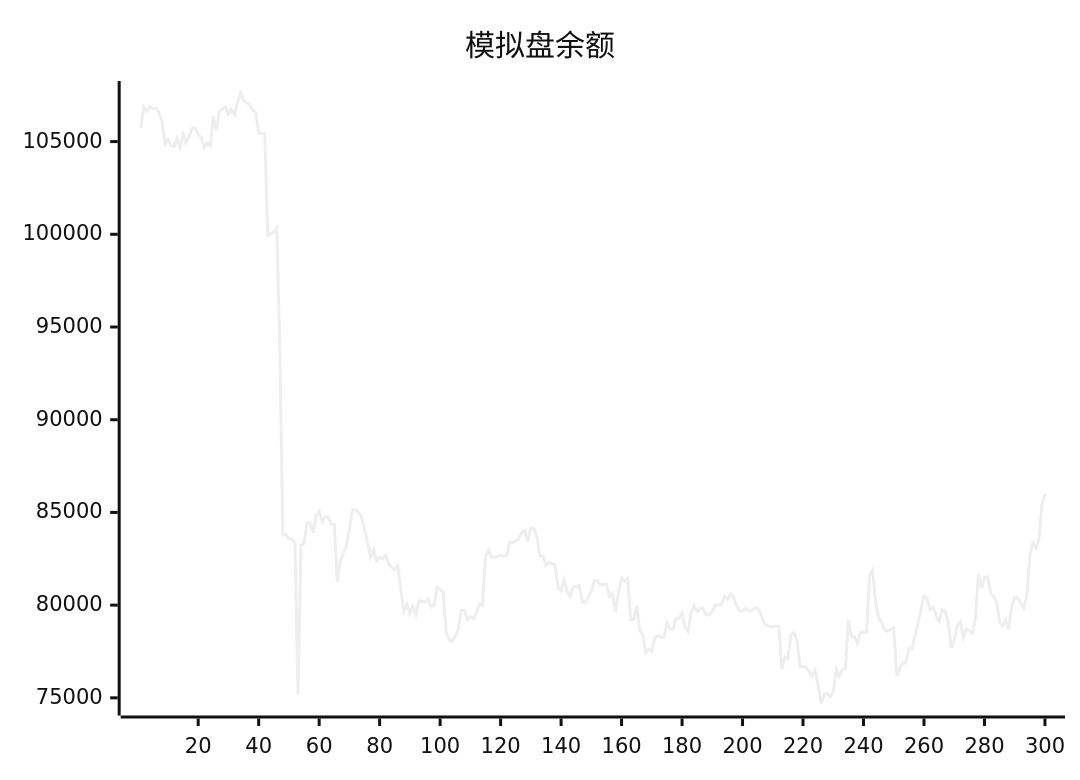
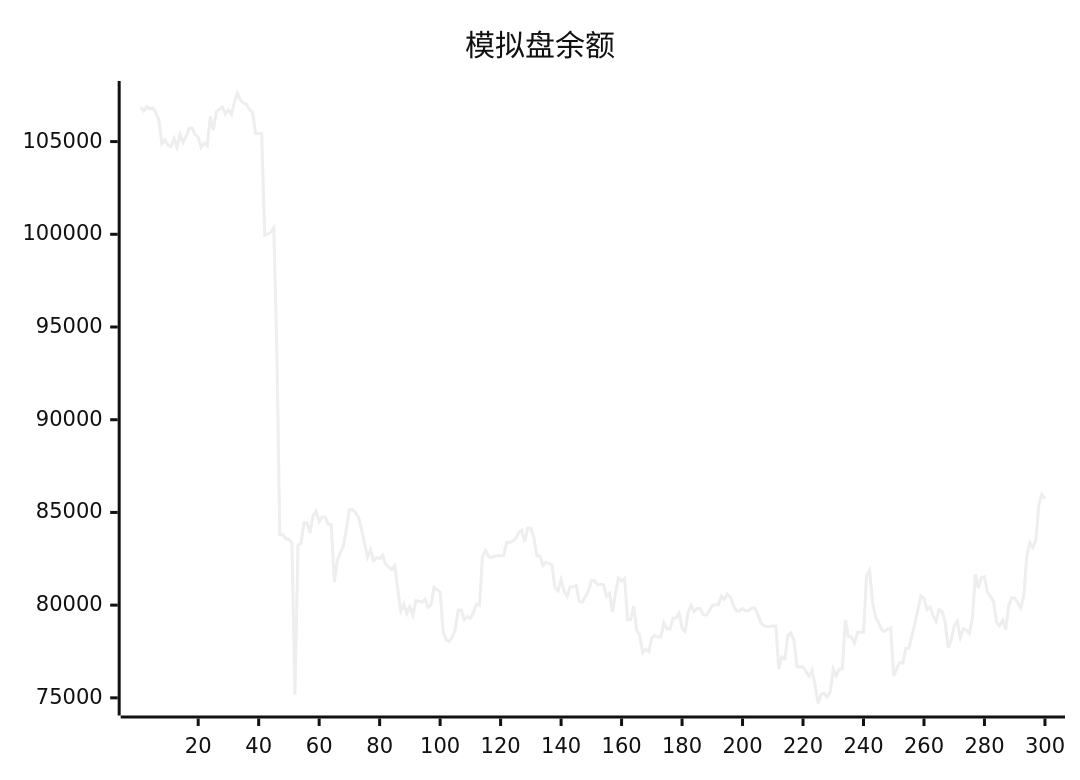
The diagram in README.md (aahl/ai-trading), drawn with Mermaid (neutral theme) before and after one commit. The commit also changed other lines of this file and 1 other file, not shown here.

````diff
--- a/README.md
+++ b/README.md
@@ -5,5 +5,5 @@
 ```mermaid
 xychart
     title "模拟盘余额"
-    line [105749,106866,106651,106889,106771,106816,106565,106141,104876,105103,104796,104734,105169,104690,105380,104941,105272,105709,105739,105374,105227,104691,104924,104762,106364,105628,106608,106748,106872,106485,106721,106468,107132,107620,107224,107080,107001,106717,106567,105431,105431,105440,99950,100017,100113,100337,93749,83795,83807,83567,83567,83342,75168,83222,83336,84448,84449,83896,84839,85065,84499,84757,84757,84364,84347,81254,82385,82835,83184,84099,85150,85150,85002,84751,84096,83356,82582,82983,82404,82572,82512,82688,82200,82047,81920,82125,80840,79688,80060,79552,79920,79470,80236,80208,80170,80336,79894,80006,80954,80837,80712,78561,78139,78037,78293,78682,79720,79720,79214,79372,79279,79591,80046,79993,82625,82950,82626,82571,82633,82670,82670,82681,83386,83378,83464,83579,83920,84037,83402,84160,84142,83652,82655,82655,82145,82315,82243,82163,80934,80770,81371,80742,80468,80989,80989,81067,80191,80155,80450,80737,81309,81309,81106,81119,81119,80471,80631,79624,80670,81448,81290,81429,79212,79222,79940,78643,78380,77432,77623,77504,78235,78358,78284,78277,79048,78714,78714,79290,79308,79567,78763,78563,79603,79988,79652,79813,79813,79476,79469,79673,79995,80015,80015,80486,80314,80600,80436,79966,79689,79689,79819,79692,79692,79850,79850,79518,79071,78889,78850,78850,78878,78878,76554,77202,77103,78357,78510,78106,76678,76677,76672,76411,76159,76485,75656,74695,75197,75246,75052,75334,76564,76179,76553,76551,79196,78300,78300,77944,78531,78531,78521,81564,81884,80160,79335,79055,78675,78580,78708,78764,76179,76586,76902,76876,77658,77669,78346,79023,79769,80497,80366,79761,79896,79448,79126,79749,79658,79097,77695,78114,78888,79126,78249,78738,78653,78478,79271,81680,80923,81488,81527,80681,80455,80190,79084,78879,79193,78686,79954,80403,80374,80118,79848,80491,82665,83351,83098,83525,85430,85983]
+    line [106866,106651,106889,106771,106816,106565,106141,104876,105103,104796,104734,105169,104690,105380,104941,105272,105709,105739,105374,105227,104691,104924,104762,106364,105628,106608,106748,106872,106485,106721,106468,107132,107620,107224,107080,107001,106717,106567,105431,105431,105440,99950,100017,100113,100337,93749,83795,83807,83567,83567,83342,75168,83222,83336,84448,84449,83896,84839,85065,84499,84757,84757,84364,84347,81254,82385,82835,83184,84099,85150,85150,85002,84751,84096,83356,82582,82983,82404,82572,82512,82688,82200,82047,81920,82125,80840,79688,80060,79552,79920,79470,80236,80208,80170,80336,79894,80006,80954,80837,80712,78561,78139,78037,78293,78682,79720,79720,79214,79372,79279,79591,80046,79993,82625,82950,82626,82571,82633,82670,82670,82681,83386,83378,83464,83579,83920,84037,83402,84160,84142,83652,82655,82655,82145,82315,82243,82163,80934,80770,81371,80742,80468,80989,80989,81067,80191,80155,80450,80737,81309,81309,81106,81119,81119,80471,80631,79624,80670,81448,81290,81429,79212,79222,79940,78643,78380,77432,77623,77504,78235,78358,78284,78277,79048,78714,78714,79290,79308,79567,78763,78563,79603,79988,79652,79813,79813,79476,79469,79673,79995,80015,80015,80486,80314,80600,80436,79966,79689,79689,79819,79692,79692,79850,79850,79518,79071,78889,78850,78850,78878,78878,76554,77202,77103,78357,78510,78106,76678,76677,76672,76411,76159,76485,75656,74695,75197,75246,75052,75334,76564,76179,76553,76551,79196,78300,78300,77944,78531,78531,78521,81564,81884,80160,79335,79055,78675,78580,78708,78764,76179,76586,76902,76876,77658,77669,78346,79023,79769,80497,80366,79761,79896,79448,79126,79749,79658,79097,77695,78114,78888,79126,78249,78738,78653,78478,79271,81680,80923,81488,81527,80681,80455,80190,79084,78879,79193,78686,79954,80403,80374,80118,79848,80491,82665,83351,83098,83525,85430,85983,85737]
 ```
````
